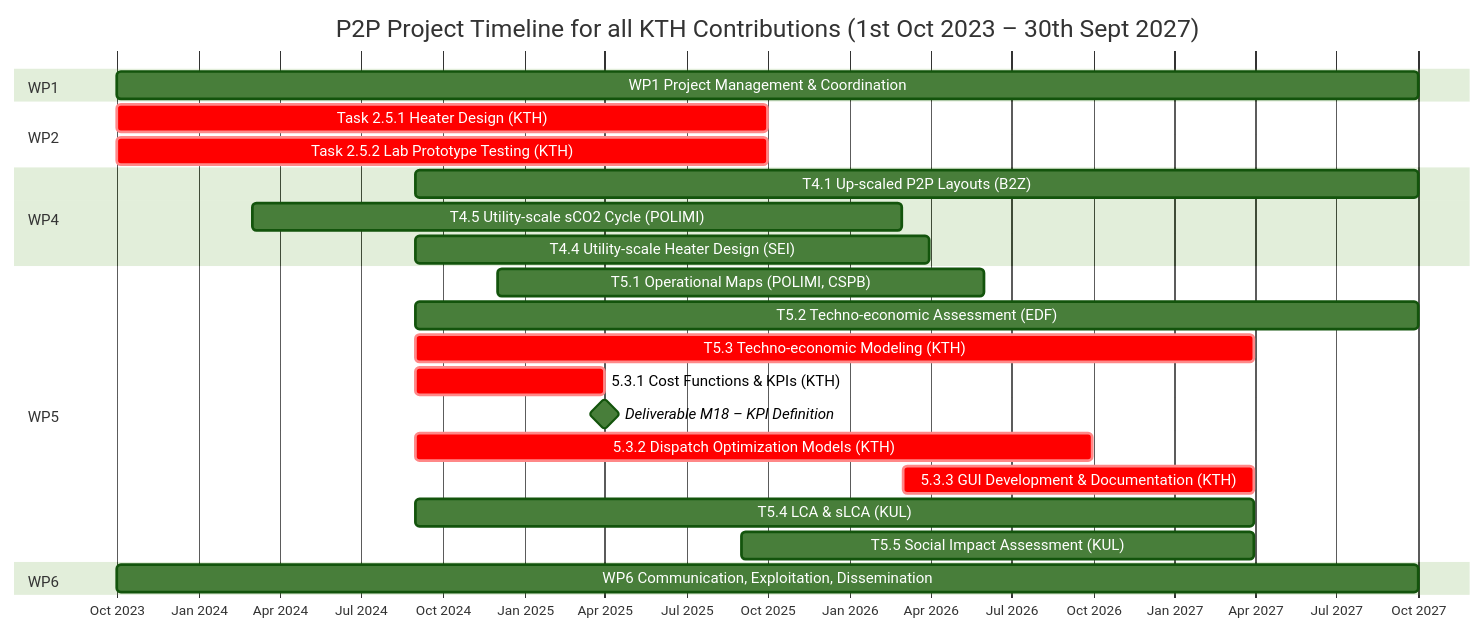
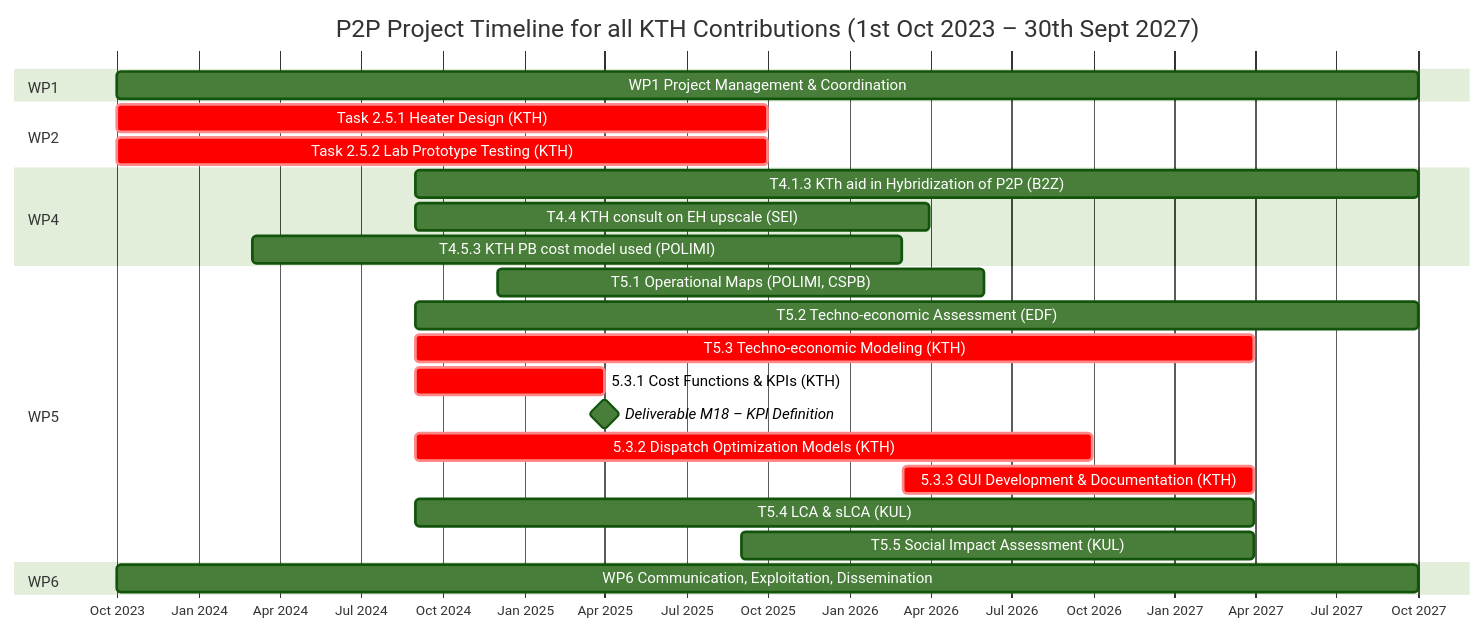
One commit to sarabjorkegren/Diverse changed the diagram in README.md. Above: the diagram before and after it, drawn with Mermaid (forest theme).

````diff
--- a/README.md
+++ b/README.md
@@ -2,37 +2,37 @@
 ```mermaid
 gantt
     title P2P Project Timeline for all KTH Contributions (1st Oct 2023 – 30th Sept 2027)
     dateFormat  YYYY-MM-DD
     axisFormat  %b %Y
 
     %% =========================
     section WP1 
     WP1 Project Management & Coordination :wp1, 2023-10-01, 2027-10-01
 
     %% =========================
     section WP2 
     Task 2.5.1 Heater Design (KTH) :crit, wp2b, 2023-10-01, 2025-09-30
     Task 2.5.2 Lab Prototype Testing (KTH) :crit, wp2c, 2023-10-01, 2025-09-30
 
     %% =========================
     section WP4 
-    T4.1 Up-scaled P2P Layouts (B2Z) :wp4b, 2024-09-01, 2027-10-01
-    T4.5 Utility-scale sCO2 Cycle (POLIMI) :wp4a, 2024-03-01, 2026-02-28
-    T4.4 Utility-scale Heater Design (SEI) :wp4d, 2024-09-01, 2026-03-31
+    T4.1.3 KTh aid  in Hybridization of P2P (B2Z)  :wp4b, 2024-09-01, 2027-10-01
+    T4.4 KTH consult on EH upscale (SEI) :wp4d, 2024-09-01, 2026-03-31
+    T4.5.3 KTH PB cost model used (POLIMI) :wp4a, 2024-03-01, 2026-02-28
 
     %% =========================
     section WP5 
     T5.1 Operational Maps (POLIMI, CSPB) :wp5f, 2024-12-01, 2026-05-31
     T5.2 Techno-economic Assessment (EDF) :wp5a, 2024-09-01, 2027-10-01
     T5.3 Techno-economic Modeling (KTH) :crit, wp5b, 2024-09-01, 2027-03-31
     5.3.1 Cost Functions & KPIs (KTH) :crit, wp5c, 2024-09-01, 2025-03-31
     Deliverable M18 – KPI Definition :milestone, m18, 2025-03-31, 0d
     5.3.2 Dispatch Optimization Models (KTH) :crit, wp5d, 2024-09-01, 2026-09-30
     5.3.3 GUI Development & Documentation (KTH) :crit, wp5e, 2026-03-01, 2027-03-31
     T5.4 LCA & sLCA (KUL) :wp5g, 2024-09-01, 2027-03-31
     T5.5 Social Impact Assessment (KUL) :wp5h, 2025-09-01, 2027-03-31
 
     %% =========================
     section WP6 
     WP6 Communication, Exploitation, Dissemination :wp6a, 2023-10-01, 2027-10-01
 ```
````
